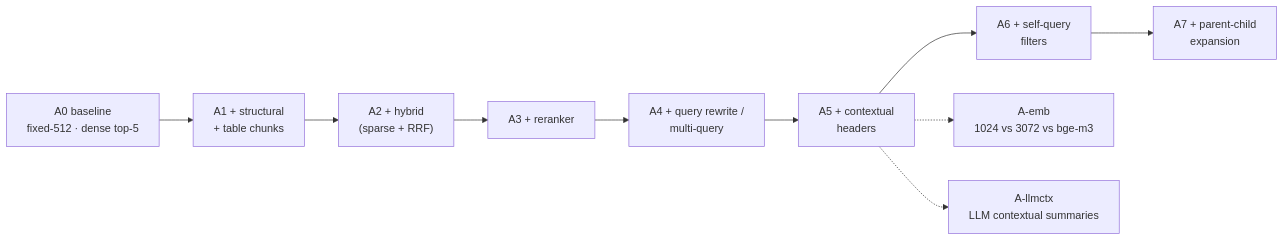
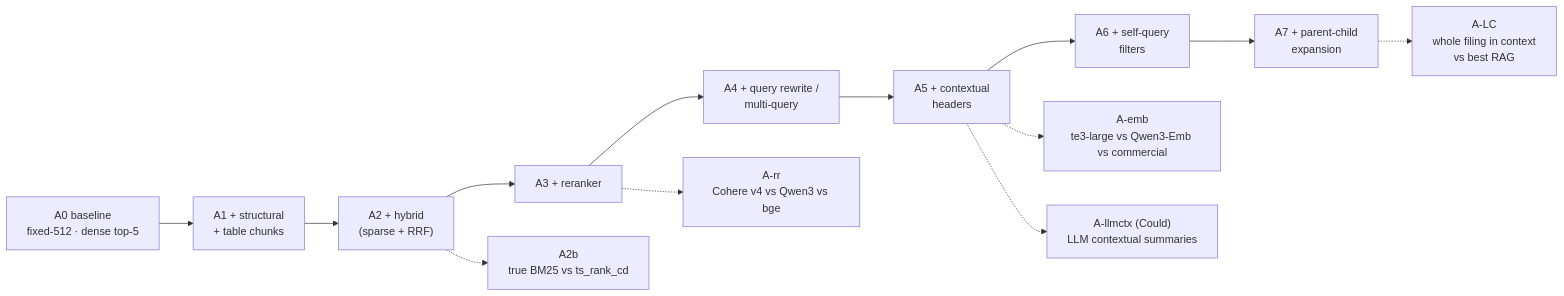
Before and after one commit to pRiMeXoMeGa/AI-Learning-Projects: the first of 2 diagrams in projects/01-rag-eval-lab/docs/08-build-plan/F14-ablation-report.md, drawn with Mermaid. The commit also changed other lines of this file and 23 other files, not shown here.

````diff
--- a/projects/01-rag-eval-lab/docs/08-build-plan/F14-ablation-report.md
+++ b/projects/01-rag-eval-lab/docs/08-build-plan/F14-ablation-report.md
@@ -12,12 +12,15 @@
 ```mermaid
 flowchart LR
     A0["A0 baseline<br/>fixed-512 · dense top-5"] --> A1["A1 + structural<br/>+ table chunks"]
     A1 --> A2["A2 + hybrid<br/>(sparse + RRF)"]
     A2 --> A3["A3 + reranker"]
     A3 --> A4["A4 + query rewrite /<br/>multi-query"]
     A4 --> A5["A5 + contextual<br/>headers"]
     A5 --> A6["A6 + self-query<br/>filters"]
     A6 --> A7["A7 + parent-child<br/>expansion"]
-    A5 -.-> AE["A-emb<br/>1024 vs 3072 vs bge-m3"]
-    A5 -.-> AL["A-llmctx<br/>LLM contextual summaries"]
+    A2 -.-> A2B["A2b<br/>true BM25 vs ts_rank_cd"]
+    A3 -.-> ARR["A-rr<br/>Cohere v4 vs Qwen3 vs bge"]
+    A5 -.-> AE["A-emb<br/>te3-large vs Qwen3-Emb vs commercial"]
+    A5 -.-> AL["A-llmctx (Could)<br/>LLM contextual summaries"]
+    A7 -.-> ALC["A-LC<br/>whole filing in context<br/>vs best RAG"]
 ```
````
